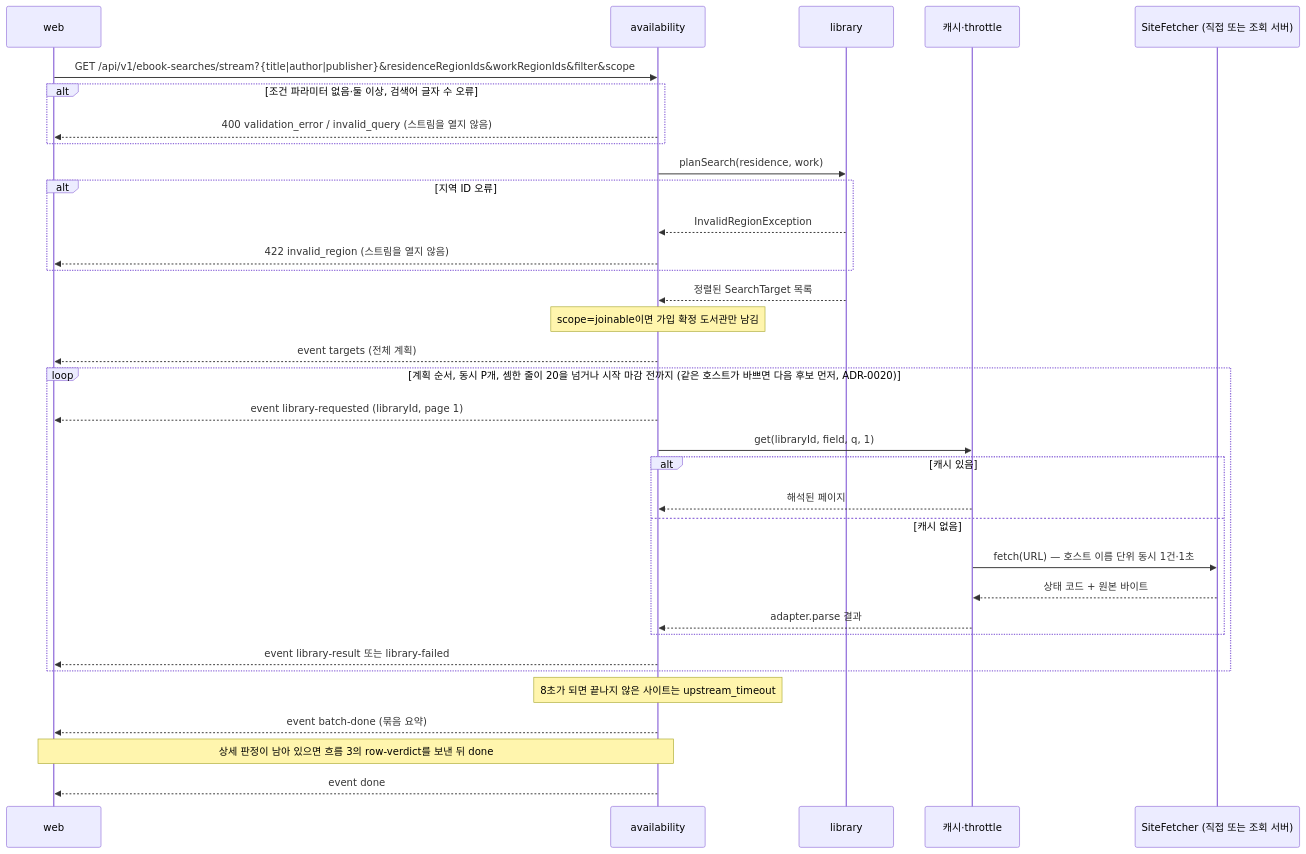
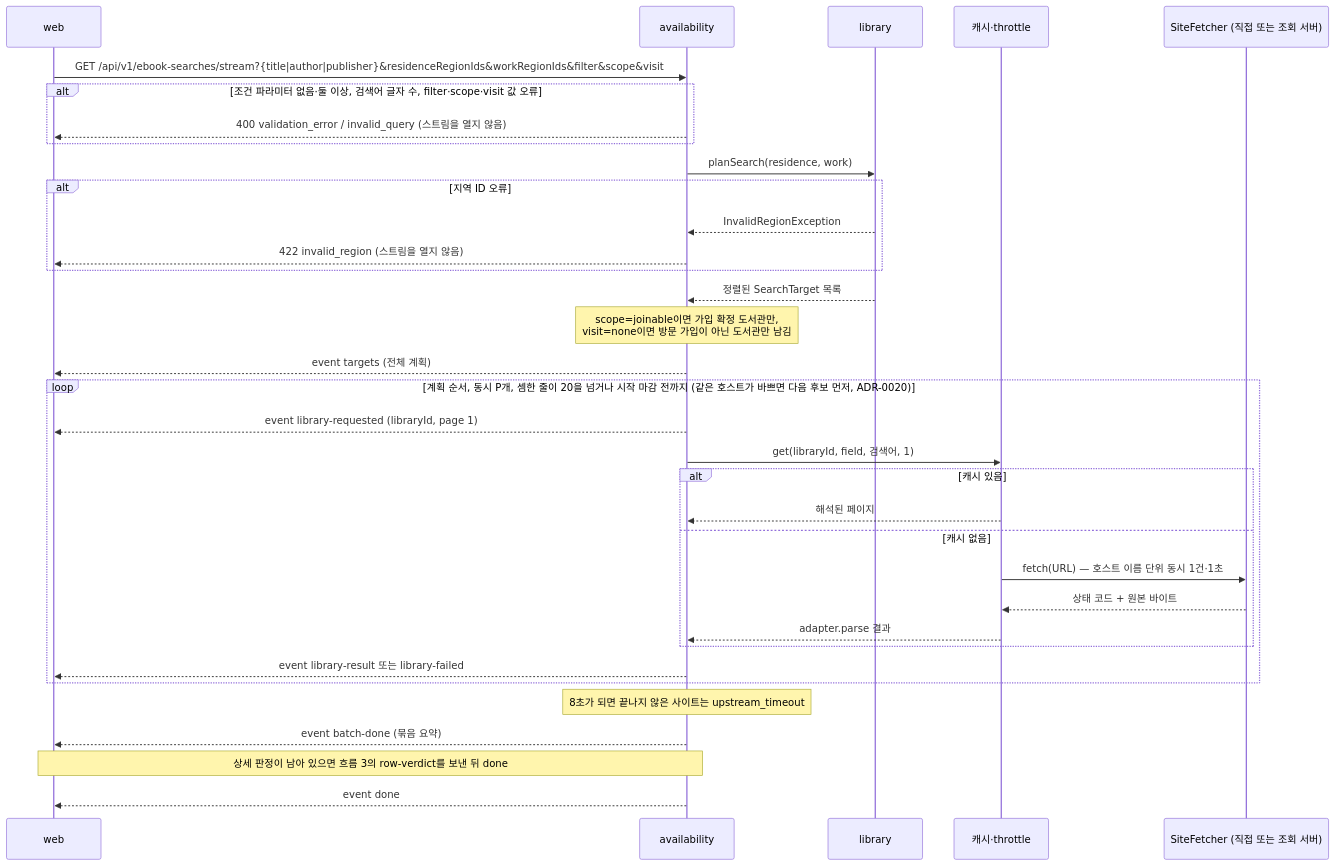
One commit to hodu-sketch/chaekcheck-plan changed the second of 6 diagrams in docs/current/flows.md. Above: the diagram before and after it, drawn with Mermaid. The commit also changed other lines of this file and 9 other files, not shown here.

````diff
--- a/docs/current/flows.md
+++ b/docs/current/flows.md
@@ -34,36 +34,36 @@
 ```mermaid
 sequenceDiagram
   participant W as web
   participant A as availability
   participant L as library
   participant C as 캐시·throttle
   participant S as SiteFetcher (직접 또는 조회 서버)
-  W->>A: GET /api/v1/ebook-searches/stream?{title|author|publisher}&residenceRegionIds&workRegionIds&filter&scope
-  alt 조건 파라미터 없음·둘 이상, 검색어 글자 수 오류
+  W->>A: GET /api/v1/ebook-searches/stream?{title|author|publisher}&residenceRegionIds&workRegionIds&filter&scope&visit
+  alt 조건 파라미터 없음·둘 이상, 검색어 글자 수, filter·scope·visit 값 오류
     A-->>W: 400 validation_error / invalid_query (스트림을 열지 않음)
   end
   A->>L: planSearch(residence, work)
   alt 지역 ID 오류
     L-->>A: InvalidRegionException
     A-->>W: 422 invalid_region (스트림을 열지 않음)
   end
   L-->>A: 정렬된 SearchTarget 목록
-  Note over A: scope=joinable이면 가입 확정 도서관만 남김
+  Note over A: scope=joinable이면 가입 확정 도서관만,<br/>visit=none이면 방문 가입이 아닌 도서관만 남김
   A-->>W: event targets (전체 계획)
   loop 계획 순서, 동시 P개, 셈한 줄이 20을 넘거나 시작 마감 전까지 (같은 호스트가 바쁘면 다음 후보 먼저, ADR-0020)
     A-->>W: event library-requested (libraryId, page 1)
-    A->>C: get(libraryId, field, q, 1)
+    A->>C: get(libraryId, field, 검색어, 1)
     alt 캐시 있음
       C-->>A: 해석된 페이지
     else 캐시 없음
       C->>S: fetch(URL) — 호스트 이름 단위 동시 1건·1초
       S-->>C: 상태 코드 + 원본 바이트
       C-->>A: adapter.parse 결과
     end
     A-->>W: event library-result 또는 library-failed
   end
   Note over A: 8초가 되면 끝나지 않은 사이트는 upstream_timeout
   A-->>W: event batch-done (묶음 요약)
   Note over A,W: 상세 판정이 남아 있으면 흐름 3의 row-verdict를 보낸 뒤 done
   A-->>W: event done
 ```
````
